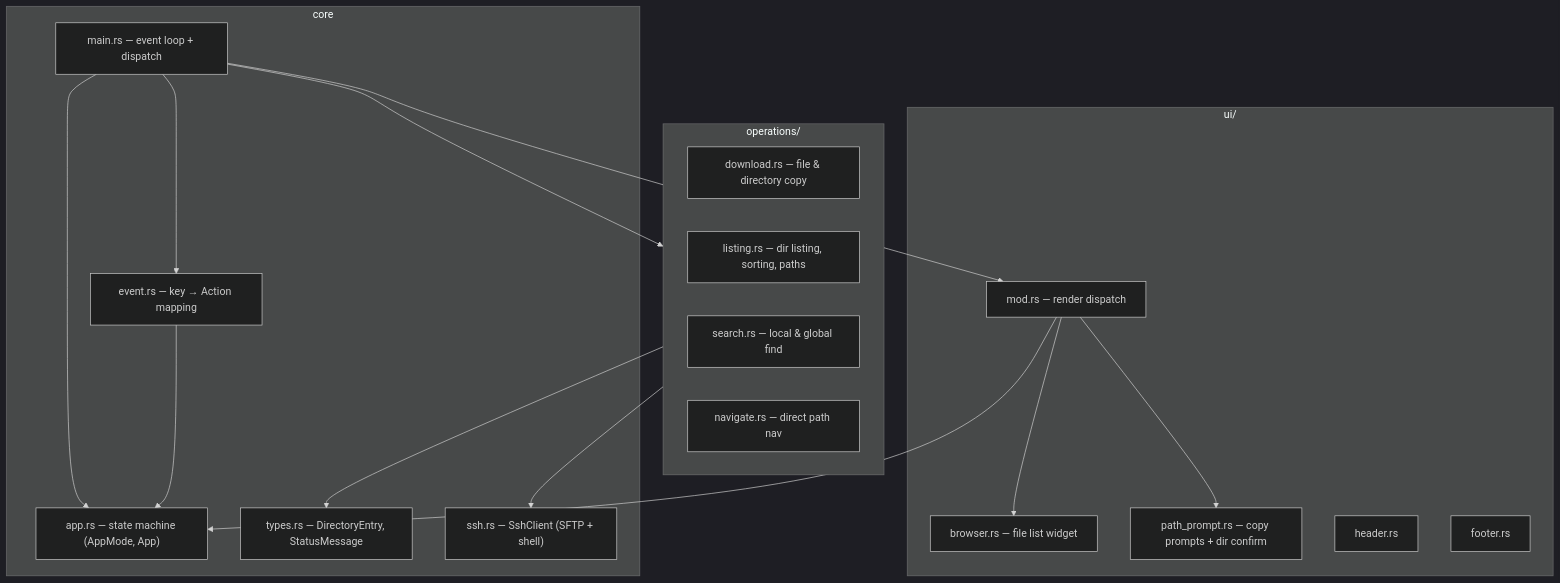
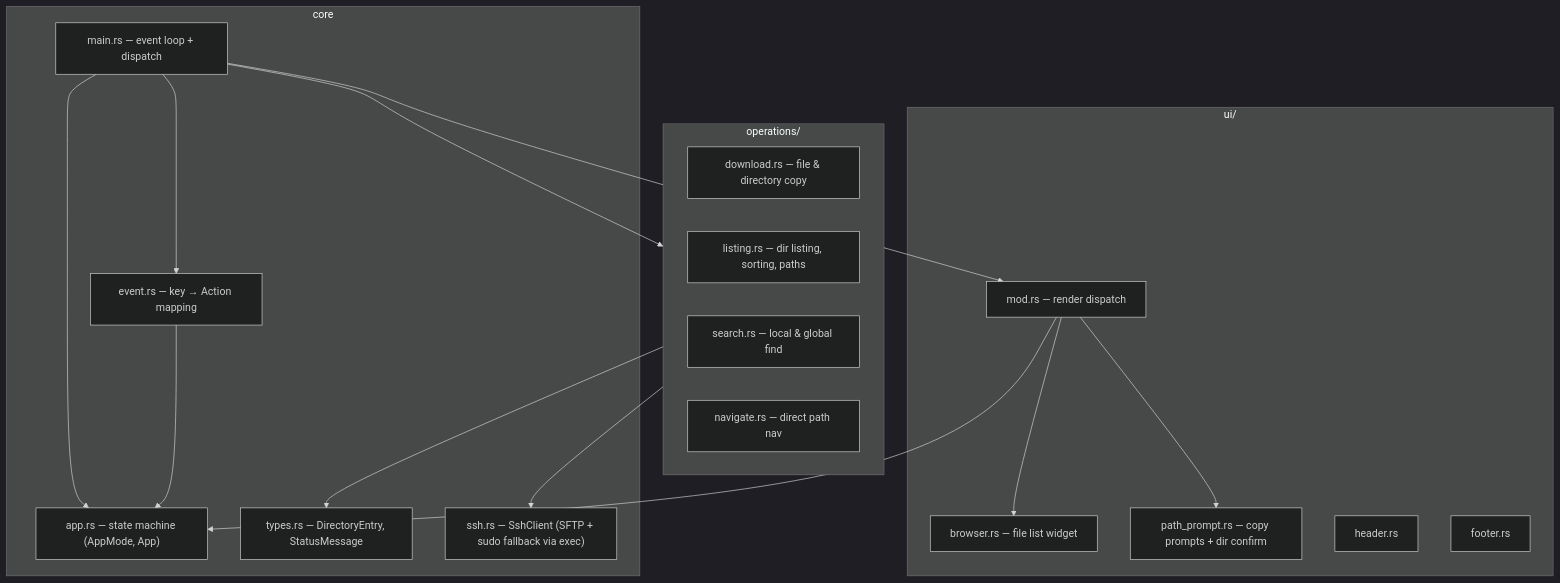
The third of 5 diagrams in docs/architecture-summary.md (mrrsl/remote-file-viewer), drawn with Mermaid (dark theme) before and after one commit. The commit also changed other lines of this file, not shown here.

````diff
--- a/docs/architecture-summary.md
+++ b/docs/architecture-summary.md
@@ -36,36 +36,36 @@
 ```mermaid
 graph TD
     subgraph UI["ui/"]
         mod_ui["mod.rs — render dispatch"]
         browser["browser.rs — file list widget"]
         path_prompt["path_prompt.rs — copy prompts + dir confirm"]
         header["header.rs"]
         footer["footer.rs"]
     end
 
     subgraph Operations["operations/"]
         download["download.rs — file & directory copy"]
         listing["listing.rs — dir listing, sorting, paths"]
         search["search.rs — local & global find"]
         navigate["navigate.rs — direct path nav"]
     end
 
     subgraph Core["core"]
         app["app.rs — state machine (AppMode, App)"]
         event["event.rs — key → Action mapping"]
         main["main.rs — event loop + dispatch"]
         types["types.rs — DirectoryEntry, StatusMessage"]
-        ssh["ssh.rs — SshClient (SFTP + shell)"]
+        ssh["ssh.rs — SshClient (SFTP + sudo fallback via exec)"]
     end
 
     main --> event
     main --> app
     main --> Operations
     main --> mod_ui
     event --> app
     mod_ui --> app
     mod_ui --> browser
     mod_ui --> path_prompt
     Operations --> ssh
     Operations --> types
 ```
````
